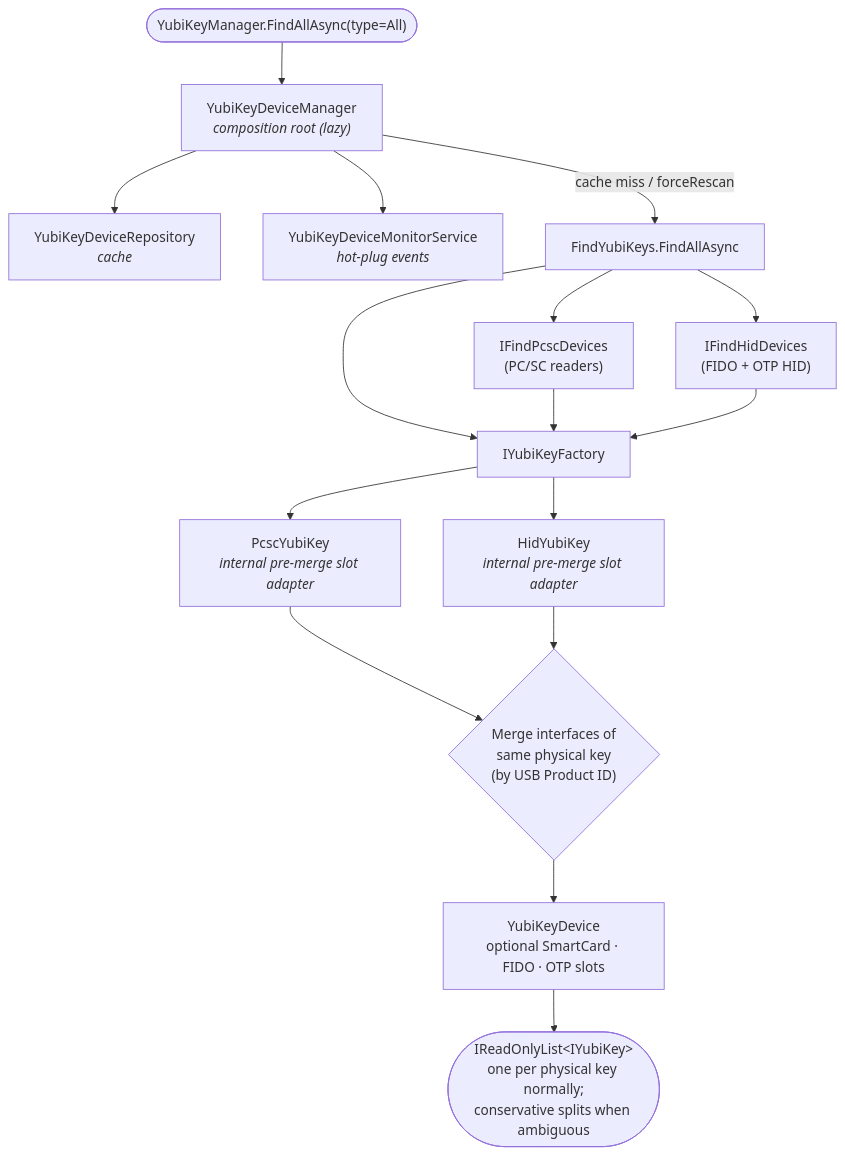
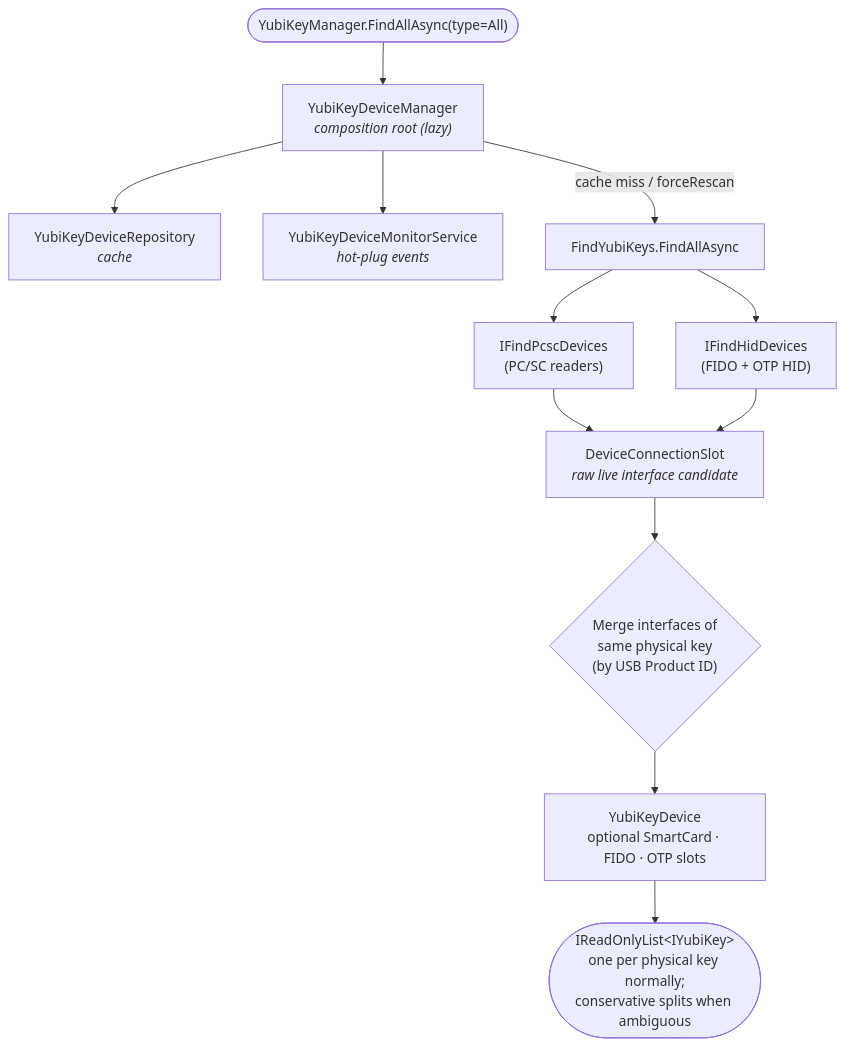
The sixth of 7 diagrams in docs/architecture/sdk-architecture-diagrams.md (Yubico/Yubico.NET.SDK), drawn with Mermaid before and after one commit. The commit also changed other lines of this file and 35 other files, not shown here.

First line of the commit message:
refactor(core): replace pre-merge IYubiKey wrappers with raw connection slots

````diff
--- a/docs/architecture/sdk-architecture-diagrams.md
+++ b/docs/architecture/sdk-architecture-diagrams.md
@@ -287,36 +287,29 @@
 ```mermaid
 flowchart TD
     Start(["YubiKeyManager.FindAllAsync(type=All)"])
     Mgr["YubiKeyDeviceManager<br/><i>composition root (lazy)</i>"]
     Repo["YubiKeyDeviceRepository<br/><i>cache</i>"]
     Mon["YubiKeyDeviceMonitorService<br/><i>hot-plug events</i>"]
     Find["FindYubiKeys.FindAllAsync"]
 
     FPcsc["IFindPcscDevices<br/>(PC/SC readers)"]
     FHid["IFindHidDevices<br/>(FIDO + OTP HID)"]
-    Factory["IYubiKeyFactory"]
-
     Merge{"Merge interfaces of<br/>same physical key<br/>(by USB Product ID)"}
 
-    Pcsc["PcscYubiKey<br/><i>internal pre-merge slot adapter</i>"]
-    Hid["HidYubiKey<br/><i>internal pre-merge slot adapter</i>"]
+    Slot["DeviceConnectionSlot<br/><i>raw live interface candidate</i>"]
     Flat["YubiKeyDevice<br/>optional SmartCard · FIDO · OTP slots"]
 
     Result(["IReadOnlyList&lt;IYubiKey&gt;<br/>one per physical key normally;<br/>conservative splits when ambiguous"])
 
     Start --> Mgr
     Mgr --> Repo
     Mgr --> Mon
     Mgr -->|cache miss / forceRescan| Find
     Find --> FPcsc
     Find --> FHid
-    Find --> Factory
-    FPcsc --> Factory
-    FHid --> Factory
-    Factory --> Pcsc
-    Factory --> Hid
-    Pcsc --> Merge
-    Hid --> Merge
+    FPcsc --> Slot
+    FHid --> Slot
+    Slot --> Merge
     Merge --> Flat
     Flat --> Result
 ```
````
